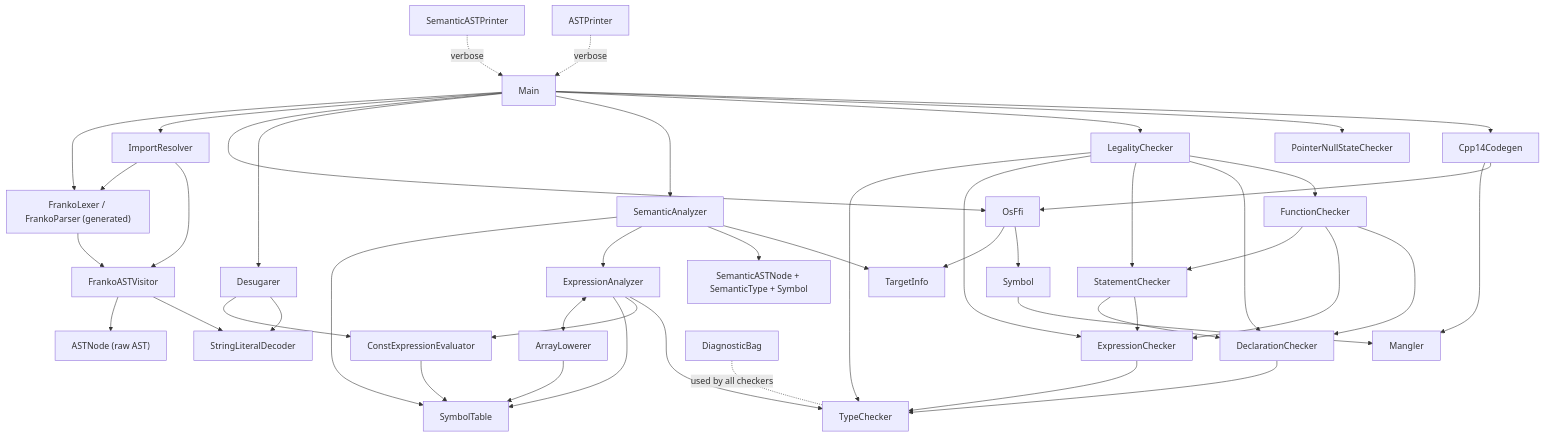
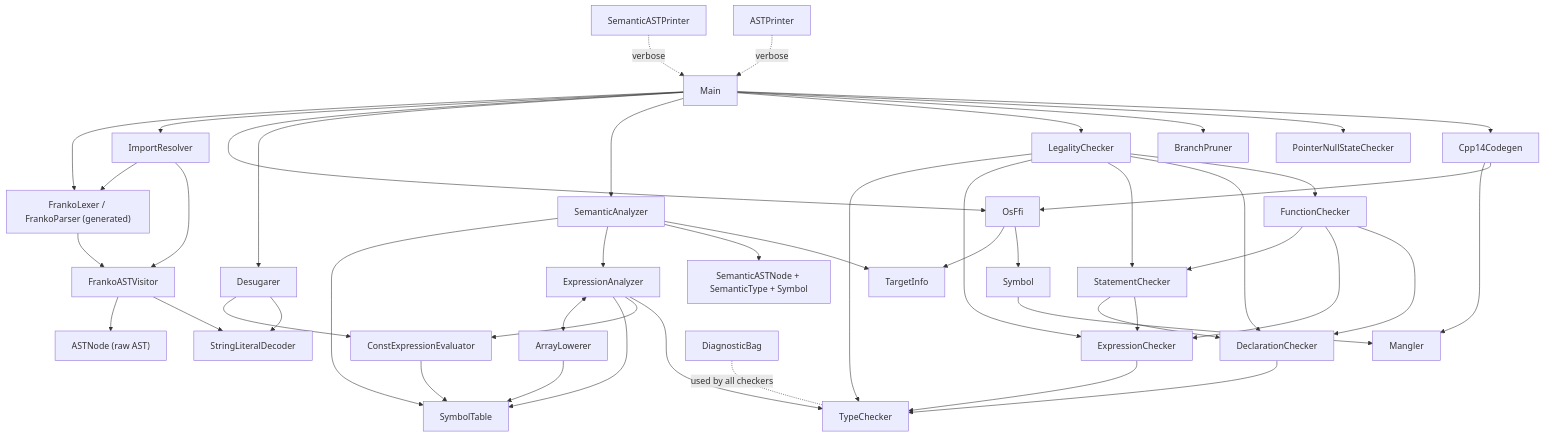
One commit to titusng0110/franko changed the diagram in compiler_docs.md. Above: the diagram before and after it, drawn with Mermaid. The commit also changed other lines of this file and 3 other files, not shown here.

````diff
--- a/compiler_docs.md
+++ b/compiler_docs.md
@@ -73,48 +75,49 @@
 ```mermaid
 flowchart TD
     Main --> FrankoLexer["FrankoLexer / FrankoParser (generated)"]
     FrankoLexer --> FrankoASTVisitor
     FrankoASTVisitor --> ASTNode["ASTNode (raw AST)"]
     Main --> ImportResolver
     ImportResolver --> FrankoLexer
     ImportResolver --> FrankoASTVisitor
     Main --> OsFfi
     Main --> Desugarer
     Main --> SemanticAnalyzer
     SemanticAnalyzer --> SymbolTable
     SemanticAnalyzer --> ExpressionAnalyzer
     ExpressionAnalyzer <--> ArrayLowerer
     ExpressionAnalyzer --> SymbolTable
     ExpressionAnalyzer --> ConstExpressionEvaluator
     ExpressionAnalyzer --> TypeChecker
     ArrayLowerer --> SymbolTable
     ConstExpressionEvaluator --> SymbolTable
     SemanticAnalyzer --> SemanticASTNode["SemanticASTNode + SemanticType + Symbol"]
     Main --> LegalityChecker
     LegalityChecker --> TypeChecker
     LegalityChecker --> ExpressionChecker
     LegalityChecker --> StatementChecker
     LegalityChecker --> DeclarationChecker
     LegalityChecker --> FunctionChecker
     FunctionChecker --> StatementChecker
     FunctionChecker --> ExpressionChecker
     FunctionChecker --> DeclarationChecker
     StatementChecker --> DeclarationChecker
     StatementChecker --> ExpressionChecker
     ExpressionChecker --> TypeChecker
     DeclarationChecker --> TypeChecker
+    Main --> BranchPruner
     Main --> PointerNullStateChecker
     Main --> Cpp14Codegen
     Cpp14Codegen --> Mangler
     Cpp14Codegen --> OsFfi
     OsFfi --> TargetInfo
     OsFfi --> Symbol
     Symbol --> Mangler
     SemanticAnalyzer --> TargetInfo
     Desugarer --> ConstExpressionEvaluator
     Desugarer --> StringLiteralDecoder
     FrankoASTVisitor --> StringLiteralDecoder
     SemanticASTPrinter -. verbose .-> Main
     ASTPrinter -. verbose .-> Main
     DiagnosticBag -. used by all checkers .- TypeChecker
 ```
````
